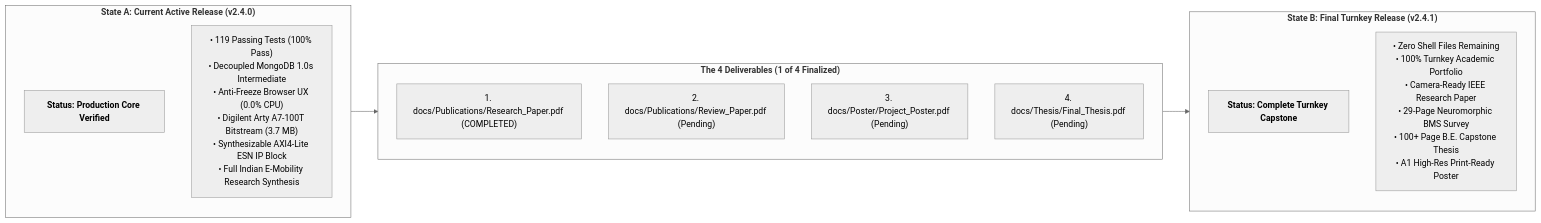
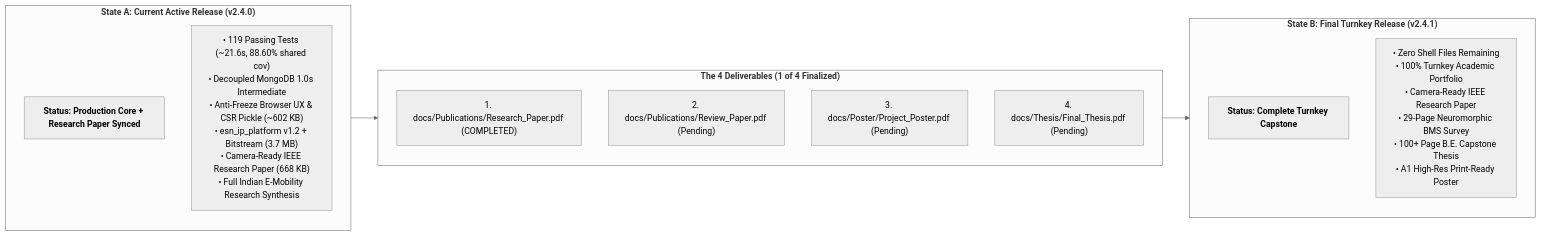
One commit to tanish-jain-225/Battery_State_Estimator_BE_Project_2026_2027 changed the diagram in docs/Resources/TRANSITION_PLAN_V2.4.1.md. Above: the diagram before and after it, drawn with Mermaid (neutral theme). The commit also changed other lines of this file and 16 other files, not shown here.

````diff
--- a/docs/Resources/TRANSITION_PLAN_V2.4.1.md
+++ b/docs/Resources/TRANSITION_PLAN_V2.4.1.md
@@ -11,24 +11,24 @@
 ```mermaid
 flowchart LR
     subgraph State_A["<b>State A: Current Active Release (v2.4.0)</b>"]
         direction TB
-        A1["<b>Status: Production Core Verified</b>"]
-        A2["• 119 Passing Tests (100% Pass)<br/>• Decoupled MongoDB 1.0s Intermediate<br/>• Anti-Freeze Browser UX (0.0% CPU)<br/>• Digilent Arty A7-100T Bitstream (3.7 MB)<br/>• Synthesizable AXI4-Lite ESN IP Block<br/>• Full Indian E-Mobility Research Synthesis"]
+        A1["<b>Status: Production Core + Research Paper Synced</b>"]
+        A2["• 119 Passing Tests (~21.6s, 88.60% shared cov)<br/>• Decoupled MongoDB 1.0s Intermediate<br/>• Anti-Freeze Browser UX & CSR Pickle (~602 KB)<br/>• esn_ip_platform v1.2 + Bitstream (3.7 MB)<br/>• Camera-Ready IEEE Research Paper (668 KB)<br/>• Full Indian E-Mobility Research Synthesis"]
     end
 
     subgraph Transition["<b>The 4 Deliverables (1 of 4 Finalized)</b>"]
         direction TB
         T1["1. docs/Publications/Research_Paper.pdf (COMPLETED)"]
         T2["2. docs/Publications/Review_Paper.pdf (Pending)"]
         T3["3. docs/Poster/Project_Poster.pdf (Pending)"]
         T4["4. docs/Thesis/Final_Thesis.pdf (Pending)"]
     end
 
     subgraph State_B["<b>State B: Final Turnkey Release (v2.4.1)</b>"]
         direction TB
         B1["<b>Status: Complete Turnkey Capstone</b>"]
         B2["• Zero Shell Files Remaining<br/>• 100% Turnkey Academic Portfolio<br/>• Camera-Ready IEEE Research Paper<br/>• 29-Page Neuromorphic BMS Survey<br/>• 100+ Page B.E. Capstone Thesis<br/>• A1 High-Res Print-Ready Poster"]
     end
 
     State_A --> Transition --> State_B
 ```
````
